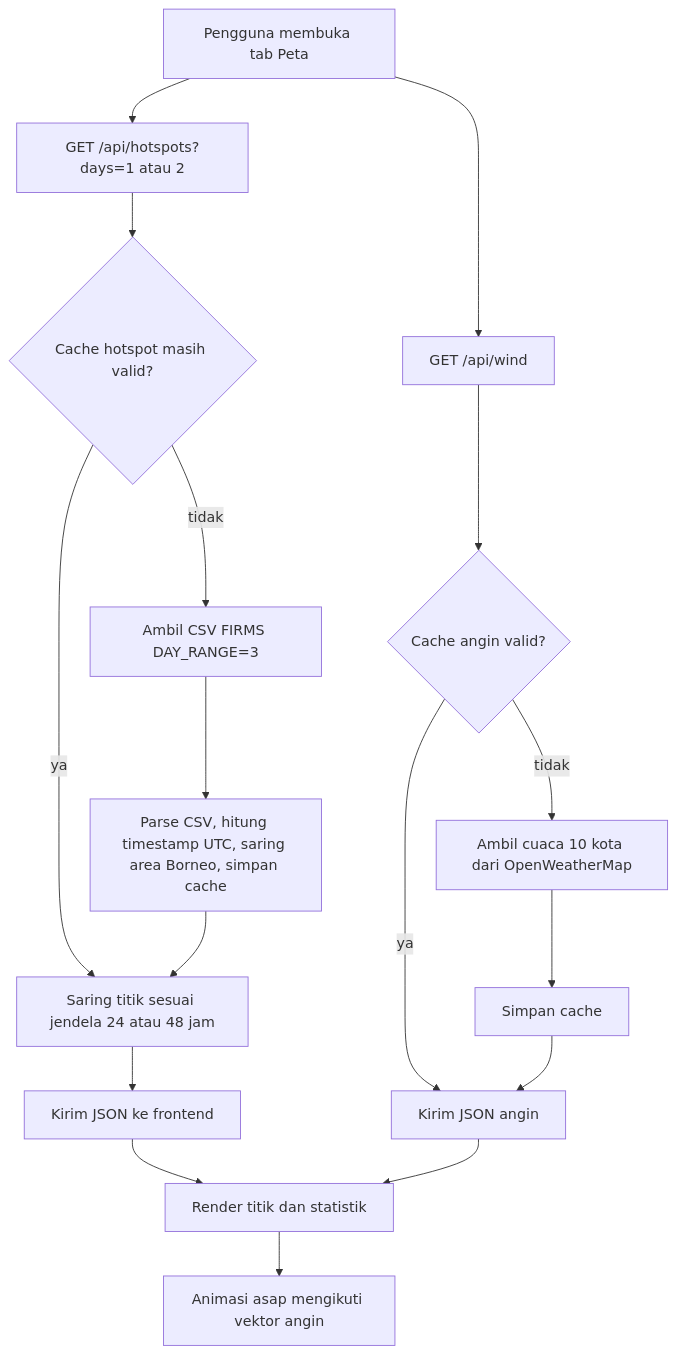
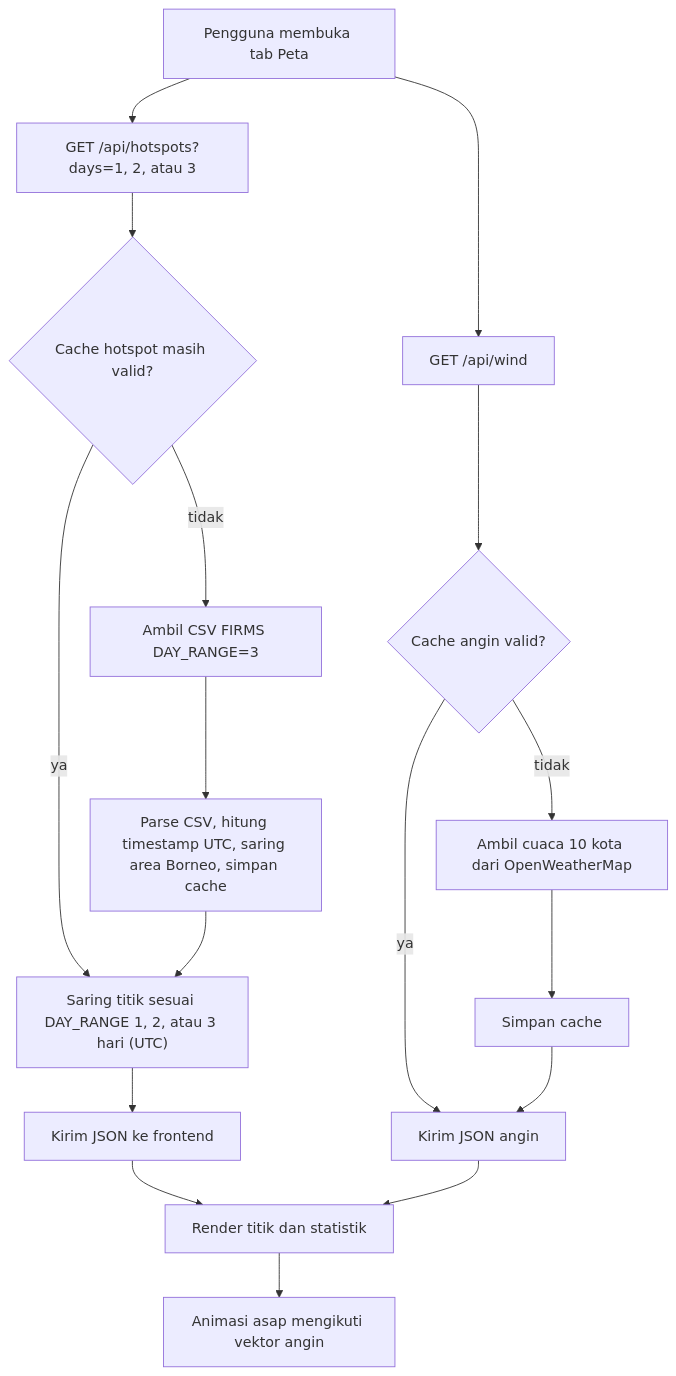
One commit to hissyam90/kalimantan-wildfire-hotspot-detection changed the second of 3 diagrams in docs/PRD.md. Above: the diagram before and after it, drawn with Mermaid. The commit also changed other lines of this file and 8 other files, not shown here.

First line of the commit message:
fix(hotspots): align day filtering with UTC calendar days and configurable timeout

````diff
--- a/docs/PRD.md
+++ b/docs/PRD.md
@@ -149,19 +149,19 @@
 ```mermaid
 flowchart TD
-  A["Pengguna membuka tab Peta"] --> B["GET /api/hotspots?days=1 atau 2"]
+  A["Pengguna membuka tab Peta"] --> B["GET /api/hotspots?days=1, 2, atau 3"]
   A --> H["GET /api/wind"]
   B --> C{"Cache hotspot masih valid?"}
-  C -->|ya| F["Saring titik sesuai jendela 24 atau 48 jam"]
+  C -->|ya| F["Saring titik sesuai DAY_RANGE 1, 2, atau 3 hari (UTC)"]
   C -->|tidak| D["Ambil CSV FIRMS DAY_RANGE=3"]
   D --> E["Parse CSV, hitung timestamp UTC, saring area Borneo, simpan cache"]
   E --> F
   F --> G["Kirim JSON ke frontend"]
   H --> I{"Cache angin valid?"}
   I -->|ya| L["Kirim JSON angin"]
   I -->|tidak| J["Ambil cuaca 10 kota dari OpenWeatherMap"]
   J --> K["Simpan cache"]
   K --> L
   G --> M["Render titik dan statistik"]
   L --> M
   M --> N["Animasi asap mengikuti vektor angin"]
 ```
````
